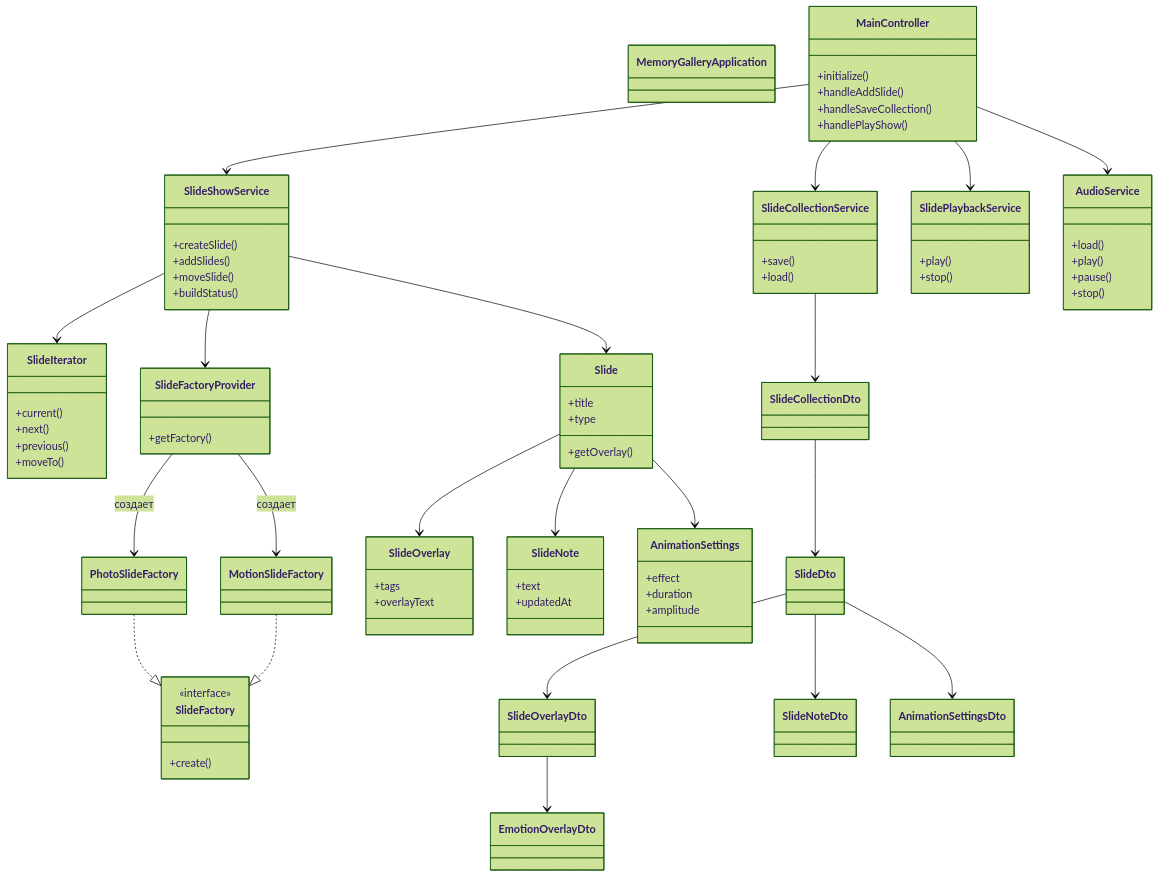
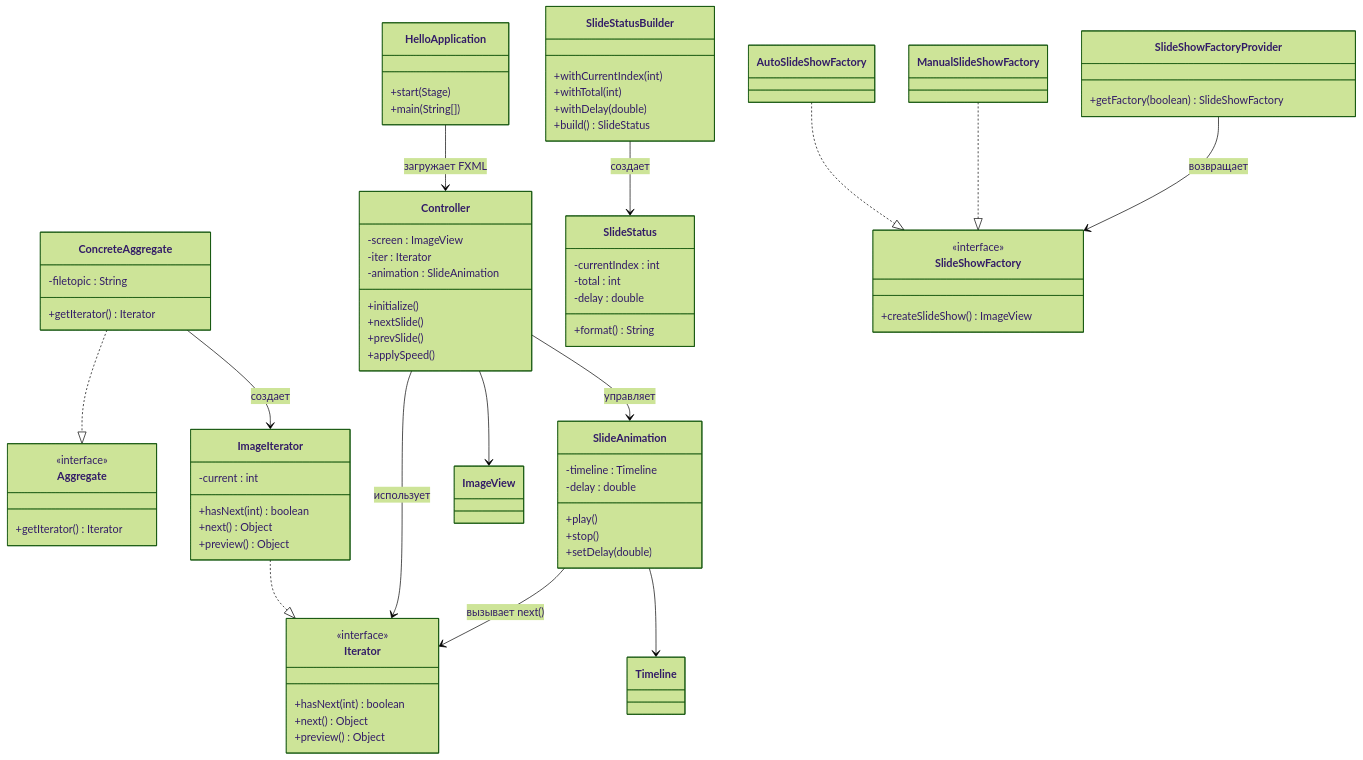
One commit to MaksHramov/javaFX-2 changed the diagram in README.md. Above: the diagram before and after it, drawn with Mermaid (forest theme). The commit also changed other lines of this file, not shown here.

````diff
--- a/README.md
+++ b/README.md
@@ -56,89 +52,92 @@
 ```mermaid
 classDiagram
-    class MemoryGalleryApplication
-    class MainController{
+    class HelloApplication{
+        +start(Stage)
+        +main(String[])
+    }
+
+    class Controller{
+        -screen : ImageView
+        -iter : Iterator
+        -animation : SlideAnimation
         +initialize()
-        +handleAddSlide()
-        +handleSaveCollection()
-        +handlePlayShow()
+        +nextSlide()
+        +prevSlide()
+        +applySpeed()
     }
-    class SlideShowService{
-        +createSlide()
-        +addSlides()
-        +moveSlide()
-        +buildStatus()
+
+    HelloApplication --> Controller : загружает FXML
+    class Aggregate{
+        <<interface>>
+        +getIterator() Iterator
     }
-    class SlideCollectionService{
-        +save()
-        +load()
+
+    class Iterator{
+        <<interface>>
+        +hasNext(int) boolean
+        +next() Object
+        +preview() Object
     }
-    class SlidePlaybackService{
+
+    class ConcreteAggregate{
+        -filetopic : String
+        +getIterator() Iterator
+    }
+
+    class ImageIterator{
+        -current : int
+        +hasNext(int) boolean
+        +next() Object
+        +preview() Object
+    }
+
+    ConcreteAggregate ..|> Aggregate
+    ConcreteAggregate --> ImageIterator : создает
+    ImageIterator ..|> Iterator
+    Controller --> Iterator : использует
+    class SlideAnimation{
+        -timeline : Timeline
+        -delay : double
         +play()
         +stop()
+        +setDelay(double)
     }
-    class AudioService{
-        +load()
-        +play()
-        +pause()
-        +stop()
+
+    Controller --> SlideAnimation : управляет
+    SlideAnimation --> Iterator : вызывает next()
+    class SlideStatus{
+        -currentIndex : int
+        -total : int
+        -delay : double
+        +format() String
     }
-    class SlideIterator{
-        +current()
-        +next()
-        +previous()
-        +moveTo()
+
+    class SlideStatusBuilder{
+        +withCurrentIndex(int)
+        +withTotal(int)
+        +withDelay(double)
+        +build() SlideStatus
     }
-    class SlideFactoryProvider{
-        +getFactory()
+
+    SlideStatusBuilder --> SlideStatus : создает
+    class SlideShowFactory{
+        <<interface>>
+        +createSlideShow() ImageView
     }
-    class PhotoSlideFactory
-    class MotionSlideFactory
-    SlideFactoryProvider --> PhotoSlideFactory : создает
-    SlideFactoryProvider --> MotionSlideFactory : создает
-    PhotoSlideFactory ..|> SlideFactory
-    MotionSlideFactory ..|> SlideFactory
-    class SlideFactory{
-        <<interface>>
-        +create()
+
+    class AutoSlideShowFactory
+    class ManualSlideShowFactory
+    class SlideShowFactoryProvider{
+        +getFactory(boolean) SlideShowFactory
     }
-    class Slide{
-        +title
-        +type
-        +getOverlay()
-    }
-    class SlideOverlay{
-        +tags
-        +overlayText
-    }
-    class SlideNote{
-        +text
-        +updatedAt
-    }
-    class AnimationSettings{
-        +effect
-        +duration
-        +amplitude
-    }
-    class SlideDto
-    class SlideCollectionDto
-    class SlideOverlayDto
-    class EmotionOverlayDto
-    class SlideNoteDto
-    class AnimationSettingsDto
-    MainController --> SlideShowService
-    MainController --> SlideCollectionService
-    MainController --> SlidePlaybackService
-    MainController --> AudioService
-    SlideShowService --> SlideIterator
-    SlideShowService --> SlideFactoryProvider
-    SlideShowService --> Slide
-    Slide --> SlideOverlay
-    Slide --> SlideNote
-    Slide --> AnimationSettings
-    SlideCollectionService --> SlideCollectionDto
-    SlideCollectionDto --> SlideDto
-    SlideDto --> SlideOverlayDto
-    SlideDto --> SlideNoteDto
-    SlideDto --> AnimationSettingsDto
-    SlideOverlayDto --> EmotionOverlayDto
+
+    AutoSlideShowFactory ..|> SlideShowFactory
+    ManualSlideShowFactory ..|> SlideShowFactory
+    SlideShowFactoryProvider --> SlideShowFactory : возвращает
+    class ImageView
+    class Timeline
+
+    SlideAnimation --> Timeline
+    Controller --> ImageView
+
 ```
````
